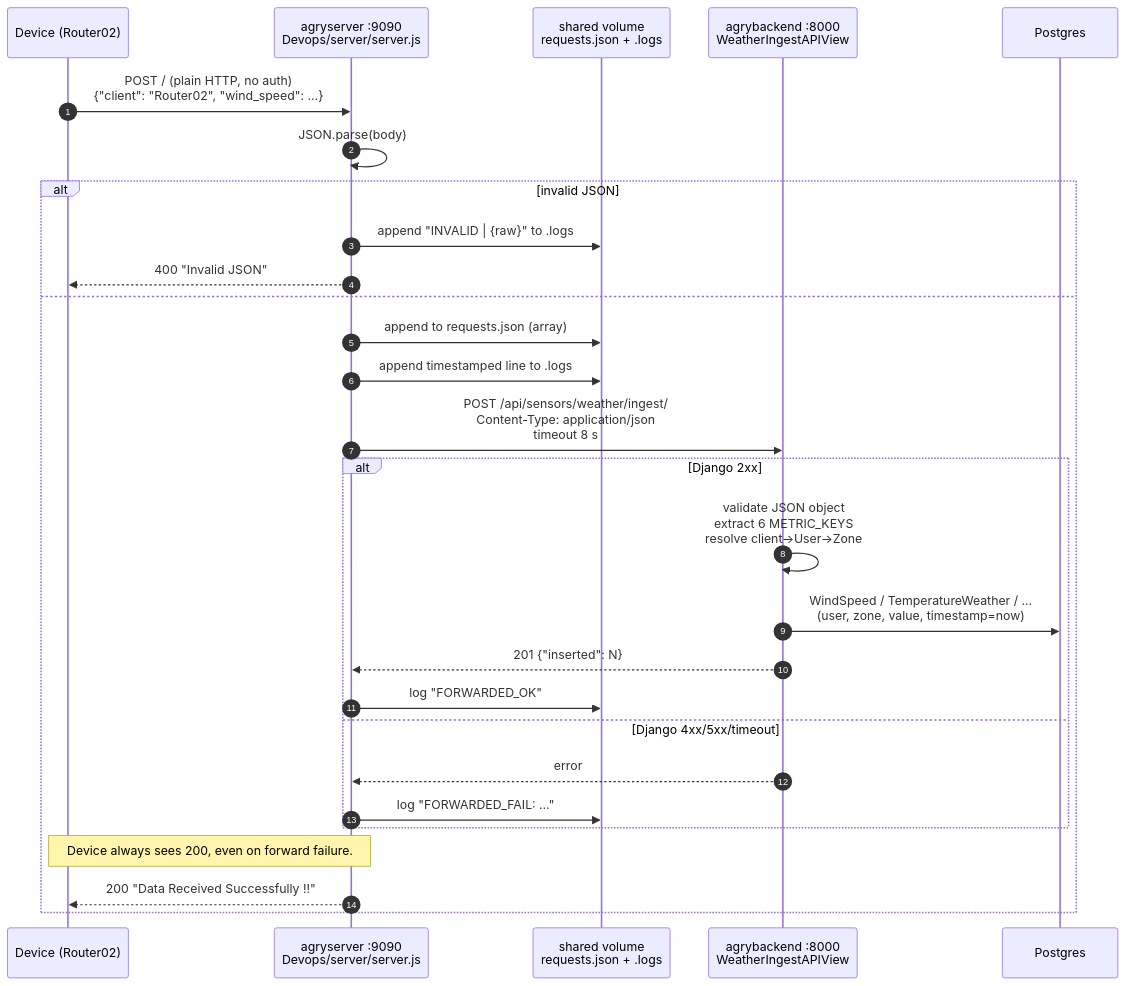
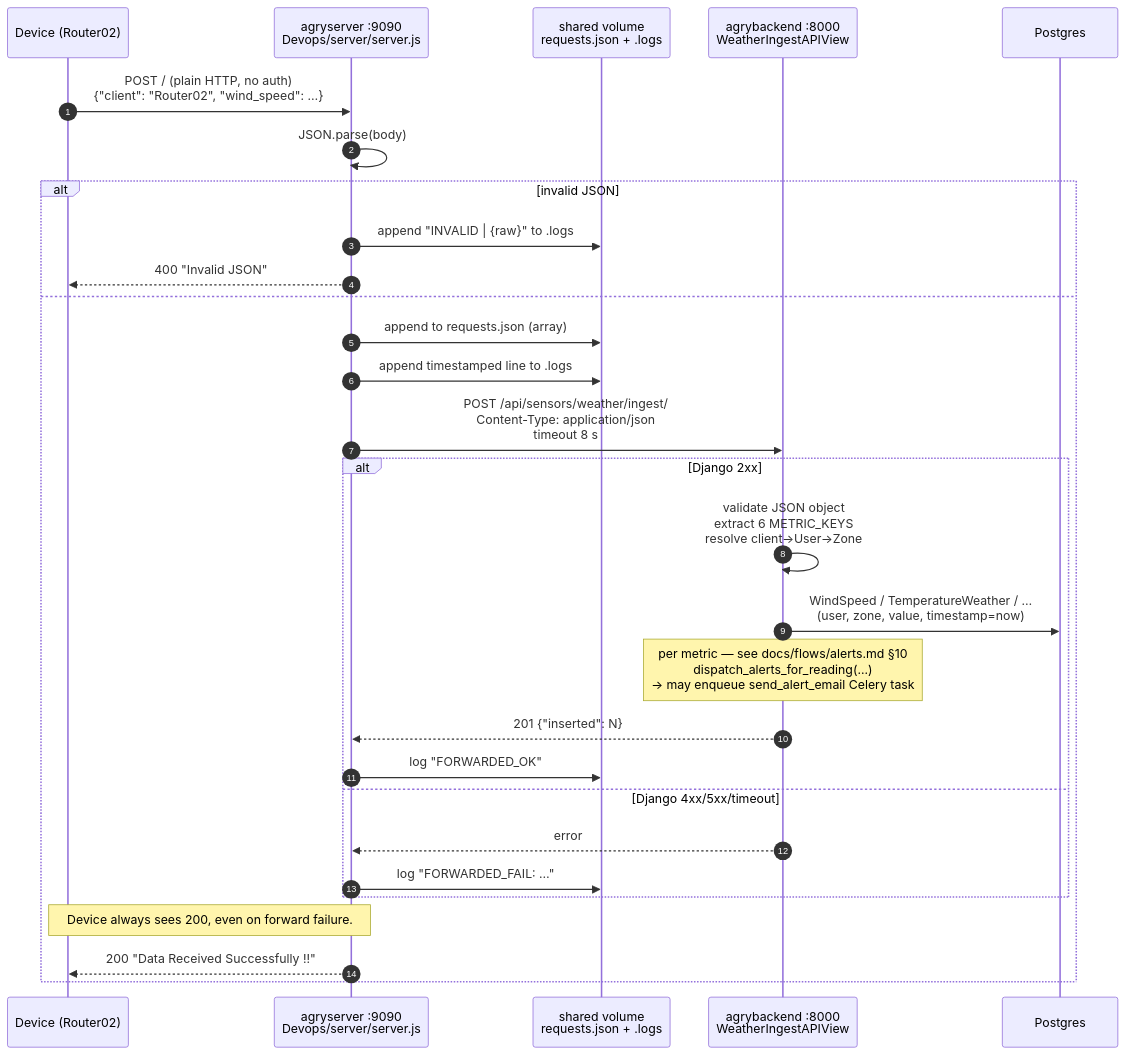
One commit to AgriLogy/agri-api changed the second of 3 diagrams in docs/flows/data-ingestion.md. Above: the diagram before and after it, drawn with Mermaid. The commit also changed 8 other files, not shown here.

````diff
--- a/docs/flows/data-ingestion.md
+++ b/docs/flows/data-ingestion.md
@@ -61,31 +61,32 @@
 ```mermaid
 sequenceDiagram
   autonumber
   participant Dev as Device (Router02)
   participant Node as agryserver :9090<br/>Devops/server/server.js
   participant FS as shared volume<br/>requests.json + .logs
   participant Dj as agrybackend :8000<br/>WeatherIngestAPIView
   participant PG as Postgres
 
   Dev->>Node: POST / (plain HTTP, no auth)<br/>{"client": "Router02", "wind_speed": …}
   Node->>Node: JSON.parse(body)
   alt invalid JSON
     Node->>FS: append "INVALID | {raw}" to .logs
     Node-->>Dev: 400 "Invalid JSON"
   else
     Node->>FS: append to requests.json (array)
     Node->>FS: append timestamped line to .logs
     Node->>Dj: POST /api/sensors/weather/ingest/<br/>Content-Type: application/json<br/>timeout 8 s
     alt Django 2xx
       Dj->>Dj: validate JSON object<br/>extract 6 METRIC_KEYS<br/>resolve client→User→Zone
       Dj->>PG: WindSpeed / TemperatureWeather / …<br/>(user, zone, value, timestamp=now)
+      Note over Dj: per metric — see docs/flows/alerts.md §10<br/>dispatch_alerts_for_reading(...)<br/>→ may enqueue send_alert_email Celery task
       Dj-->>Node: 201 {"inserted": N}
       Node->>FS: log "FORWARDED_OK"
     else Django 4xx/5xx/timeout
       Dj-->>Node: error
       Node->>FS: log "FORWARDED_FAIL: …"
     end
     Note over Node,Dev: Device always sees 200, even on forward failure.
     Node-->>Dev: 200 "Data Received Successfully !!"
   end
 ```
````
